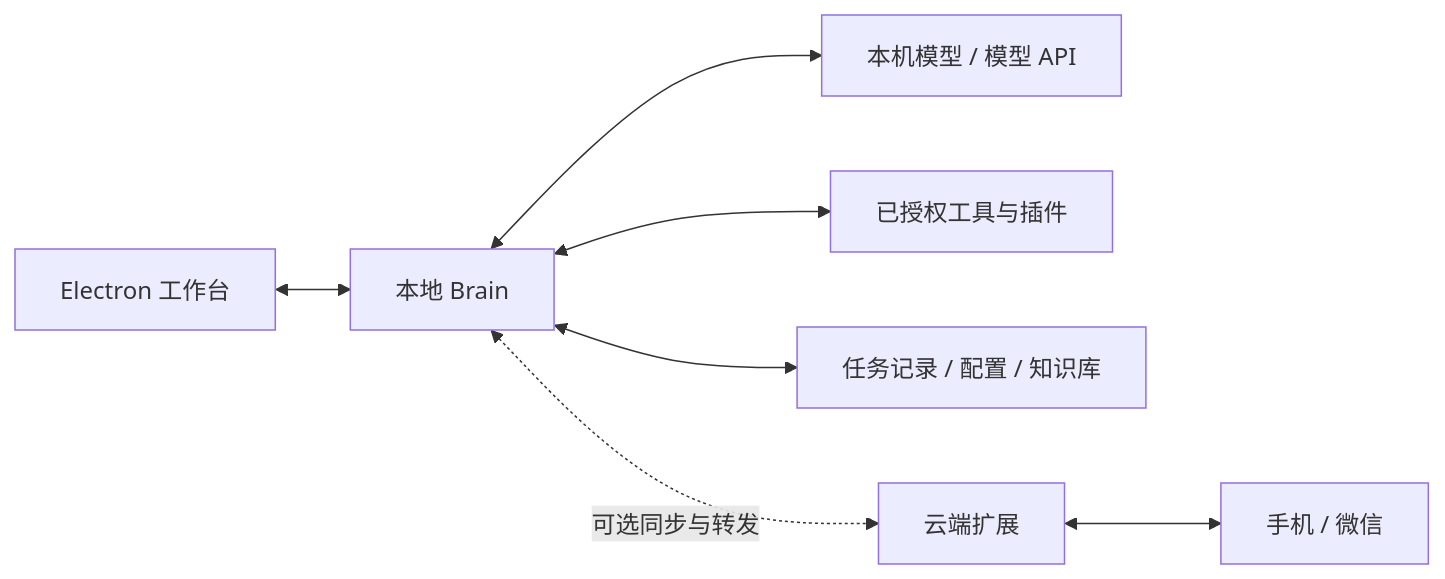
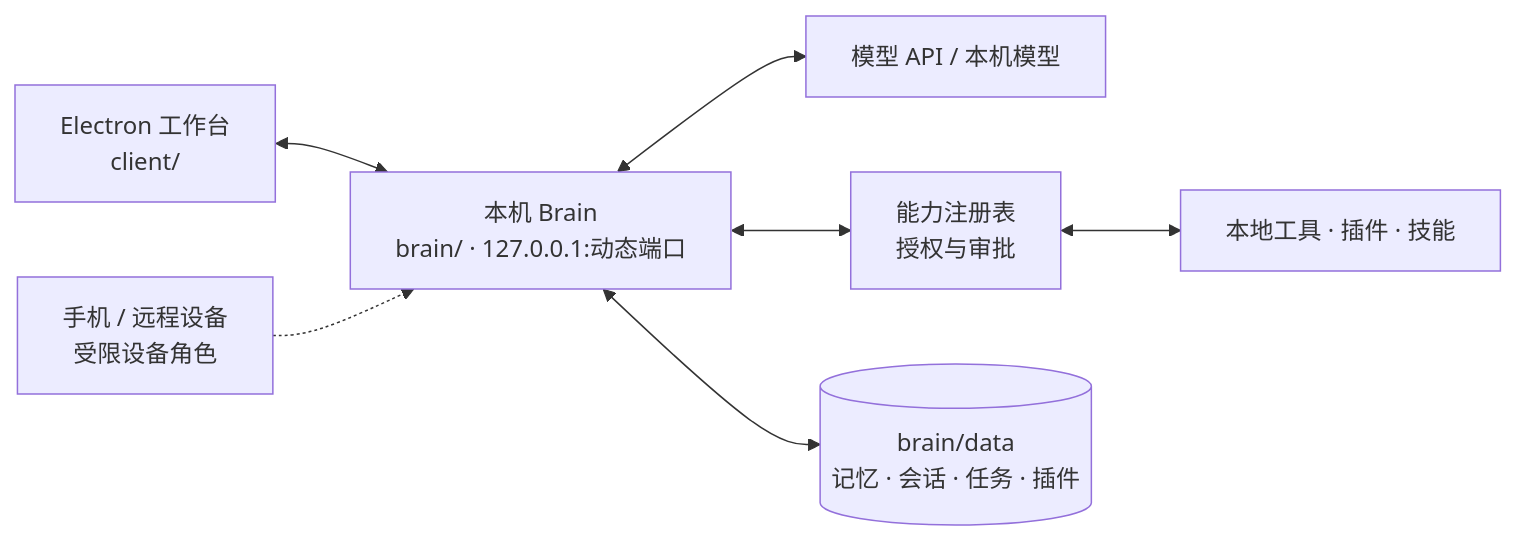
The diagram in README.md (limingyi2/vigil), drawn with Mermaid before and after one commit. The commit also changed other lines of this file and 16 other files, not shown here.

````diff
--- a/README.md
+++ b/README.md
@@ -58,9 +59,9 @@
 ```mermaid
 flowchart LR
-    UI[Electron 工作台] <--> Brain[本地 Brain]
-    Brain <--> Model[本机模型 / 模型 API]
-    Brain <--> Tools[已授权工具与插件]
-    Brain <--> Store[任务记录 / 配置 / 知识库]
-    Brain <-. 可选同步与转发 .-> Cloud[云端扩展]
-    Cloud <--> Other[手机 / 微信]
+    UI[Electron 工作台<br/>client/] <--> Brain[本机 Brain<br/>brain/ · 127.0.0.1:动态端口]
+    Brain <--> Model[模型 API / 本机模型]
+    Brain <--> Caps[能力注册表<br/>授权与审批]
+    Caps <--> Tools[本地工具 · 插件 · 技能]
+    Brain <--> Store[(brain/data<br/>记忆 · 会话 · 任务 · 插件)]
+    Phone[手机 / 远程设备<br/>受限设备角色] -.-> Brain
 ```
````
